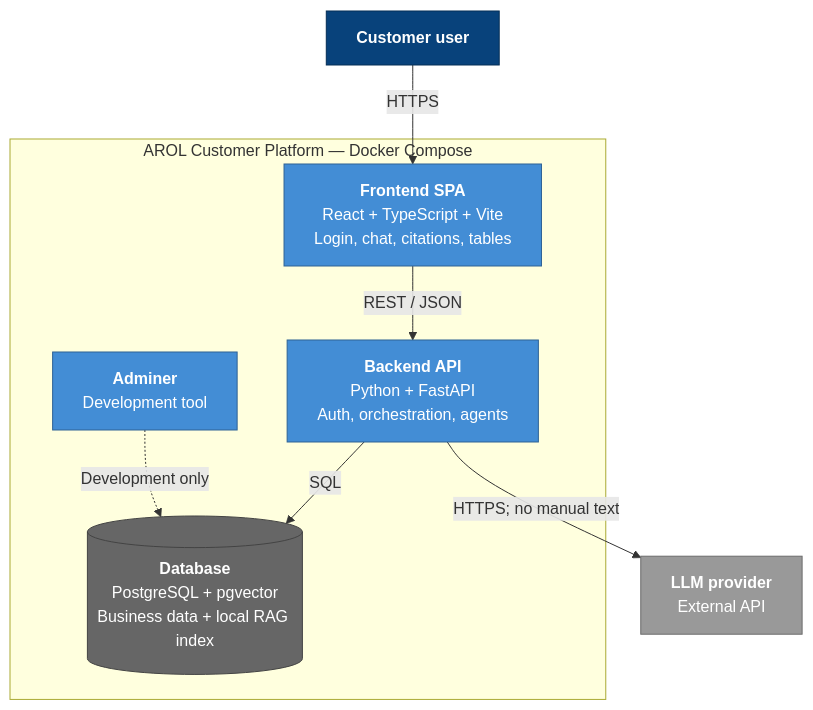
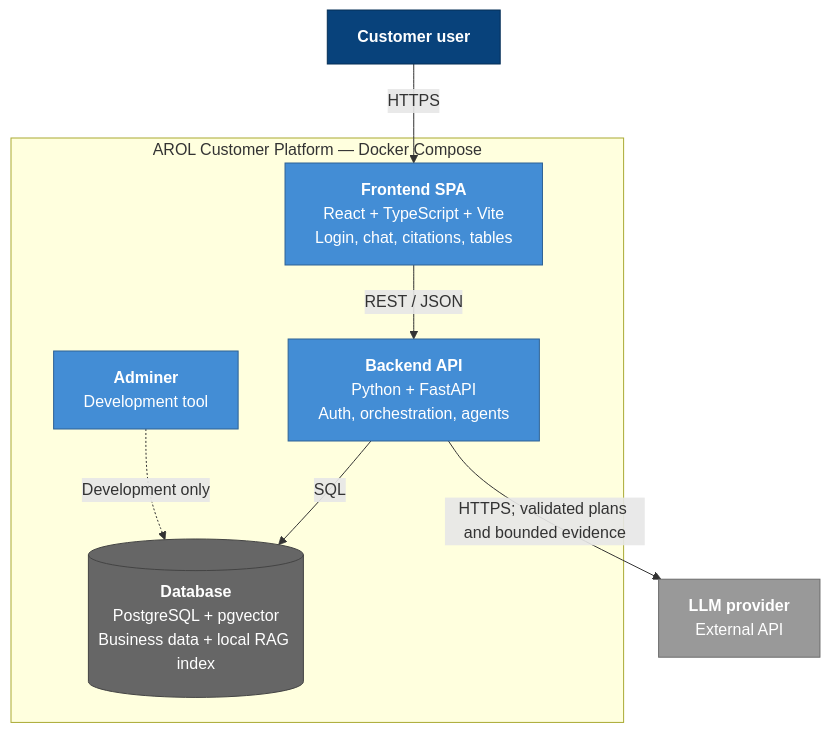
The diagram in docs/architecture/02-containers.md (alicebucco/arol-project-q2), drawn with Mermaid before and after one commit. The commit also changed other lines of this file and 15 other files, not shown here.

````diff
--- a/docs/architecture/02-containers.md
+++ b/docs/architecture/02-containers.md
@@ -24,24 +24,24 @@
 ```mermaid
 flowchart TB
     classDef person fill:#08427b,stroke:#052e56,color:#ffffff
     classDef container fill:#438dd5,stroke:#2e6295,color:#ffffff
     classDef db fill:#666666,stroke:#444444,color:#ffffff
     classDef external fill:#999999,stroke:#6b6b6b,color:#ffffff
 
     User["<b>Customer user</b>"]:::person
 
     subgraph Platform["AROL Customer Platform — Docker Compose"]
         FE["<b>Frontend SPA</b><br/>React + TypeScript + Vite<br/>Login, chat, citations, tables"]:::container
         BE["<b>Backend API</b><br/>Python + FastAPI<br/>Auth, orchestration, agents"]:::container
         DB[("<b>Database</b><br/>PostgreSQL + pgvector<br/>Business data + local RAG index")]:::db
         Adminer["<b>Adminer</b><br/>Development tool"]:::container
     end
 
     LLM["<b>LLM provider</b><br/>External API"]:::external
 
     User -->|"HTTPS"| FE
     FE -->|"REST / JSON"| BE
     BE -->|"SQL"| DB
     Adminer -.->|"Development only"| DB
-    BE -->|"HTTPS; no manual text"| LLM
+    BE -->|"HTTPS; validated plans and bounded evidence"| LLM
 ```
````
